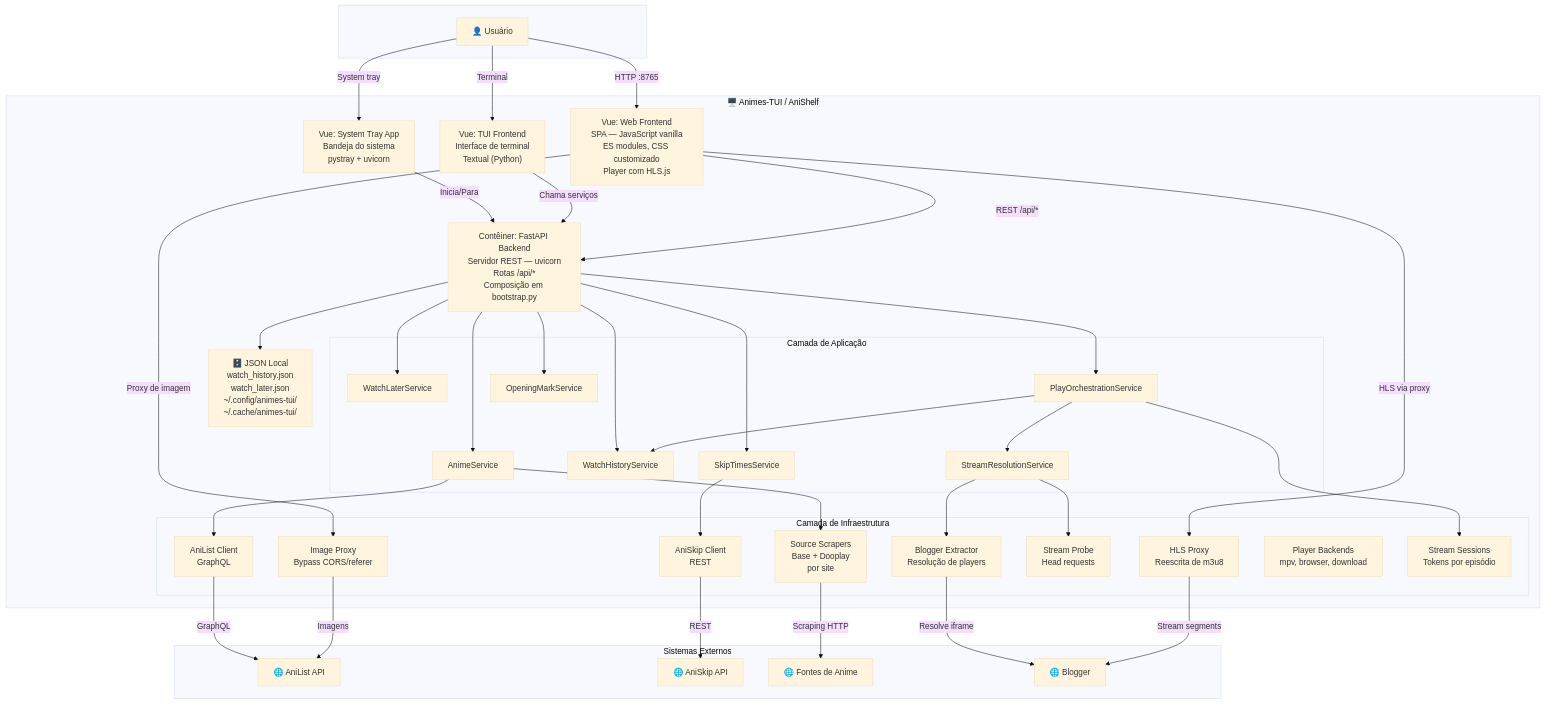
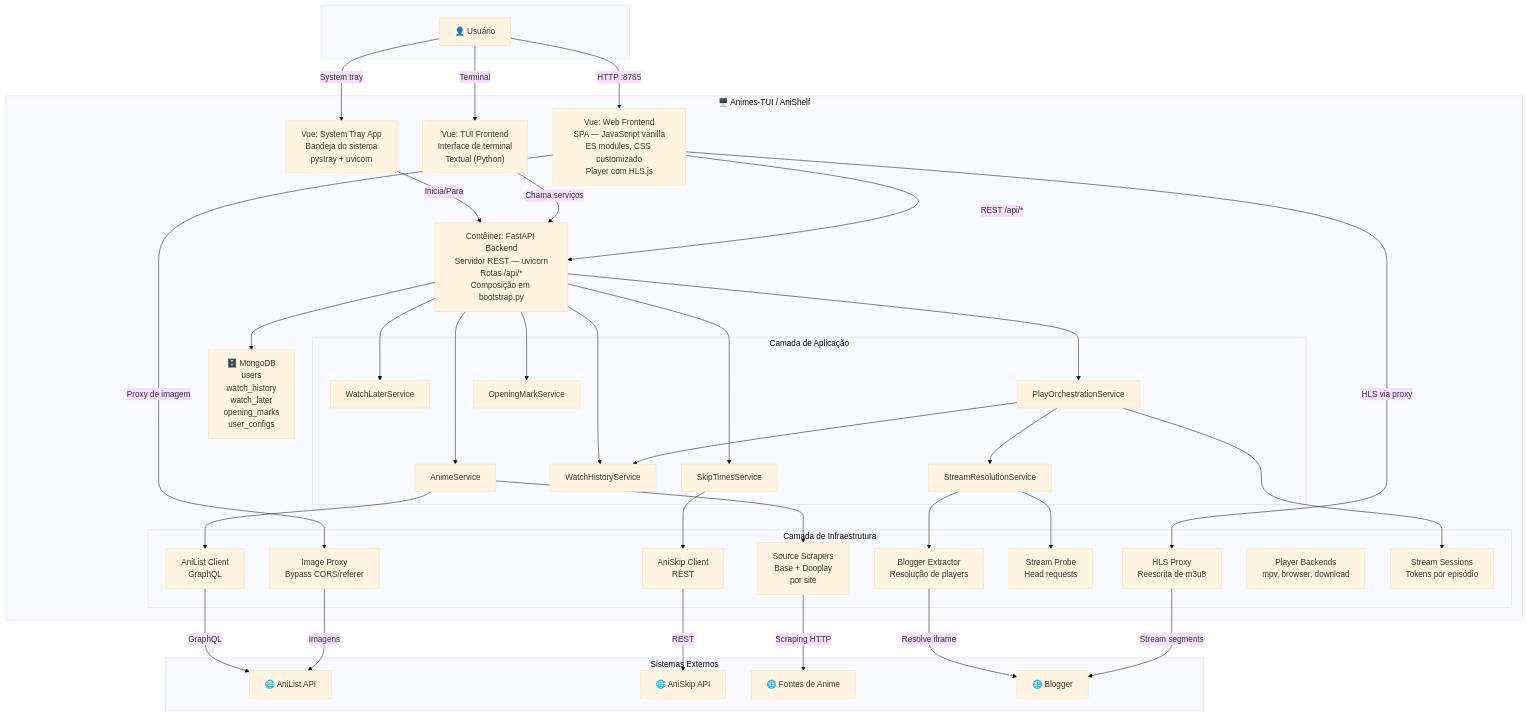
Before and after one commit to renidantass/anime-tui: the second of 2 diagrams in README.md, drawn with Mermaid (base theme). The commit also changed other lines of this file and 28 other files, not shown here.

````diff
--- a/README.md
+++ b/README.md
@@ -175,80 +175,80 @@
 ```mermaid
 flowchart TB
     subgraph User[" "]
         Person["👤 Usuário"]
     end
 
     subgraph AniShelf["🖥️ Animes-TUI / AniShelf"]
         WebUI["Vue: Web Frontend<br/>SPA — JavaScript vanilla<br/>ES modules, CSS customizado<br/>Player com HLS.js"]
         TUI["Vue: TUI Frontend<br/>Interface de terminal<br/>Textual (Python)"]
         Tray["Vue: System Tray App<br/>Bandeja do sistema<br/>pystray + uvicorn"]
 
         API["Contêiner: FastAPI Backend<br/>Servidor REST — uvicorn<br/>Rotas /api/*<br/>Composição em bootstrap.py"]
 
         subgraph AppLayer["Camada de Aplicação"]
             AnimeSvc["AnimeService"]
             HistorySvc["WatchHistoryService"]
             LaterSvc["WatchLaterService"]
             OrchSvc["PlayOrchestrationService"]
             StreamSvc["StreamResolutionService"]
             SkipSvc["SkipTimesService"]
             OpenSvc["OpeningMarkService"]
         end
 
         subgraph Infra["Camada de Infraestrutura"]
             Sources["Source Scrapers<br/>Base + Dooplay<br/>por site"]
             AniListClient["AniList Client<br/>GraphQL"]
             AniSkipClient["AniSkip Client<br/>REST"]
             HLSProxy["HLS Proxy<br/>Reescrita de m3u8"]
             ImageProxy["Image Proxy<br/>Bypass CORS/referer"]
             StreamProbe["Stream Probe<br/>Head requests"]
             BloggerExt["Blogger Extractor<br/>Resolução de players"]
             Player["Player Backends<br/>mpv, browser, download"]
             Sessions["Stream Sessions<br/>Tokens por episódio"]
         end
 
-        Storage["🗄️ JSON Local<br/>watch_history.json<br/>watch_later.json<br/>~/.config/animes-tui/<br/>~/.cache/animes-tui/"]
+        Storage["🗄️ MongoDB<br/>users<br/>watch_history<br/>watch_later<br/>opening_marks<br/>user_configs"]
     end
 
     subgraph External["Sistemas Externos"]
         ExtAniList["🌐 AniList API"]
         ExtAniSkip["🌐 AniSkip API"]
         ExtSources["🌐 Fontes de Anime"]
         ExtBlogger["🌐 Blogger"]
     end
 
     Person -->|"HTTP :8765"| WebUI
     Person -->|"Terminal"| TUI
     Person -->|"System tray"| Tray
 
     Tray -->|"Inicia/Para"| API
     TUI -->|"Chama serviços"| API
     WebUI -->|"REST /api/*"| API
 
     API --> AnimeSvc
     API --> HistorySvc
     API --> LaterSvc
     API --> OrchSvc
     API --> SkipSvc
     API --> OpenSvc
     API --> Storage
 
     AnimeSvc --> Sources
     AnimeSvc --> AniListClient
     StreamSvc --> StreamProbe
     StreamSvc --> BloggerExt
     OrchSvc --> Sessions
     OrchSvc --> HistorySvc
     OrchSvc --> StreamSvc
     SkipSvc --> AniSkipClient
 
     Sources -->|"Scraping HTTP"| ExtSources
     AniListClient -->|"GraphQL"| ExtAniList
     AniSkipClient -->|"REST"| ExtAniSkip
     BloggerExt -->|"Resolve iframe"| ExtBlogger
 
     WebUI -->|"Proxy de imagem"| ImageProxy
     WebUI -->|"HLS via proxy"| HLSProxy
     HLSProxy -->|"Stream segments"| ExtBlogger
     ImageProxy -->|"Imagens"| ExtAniList
 ```
````
